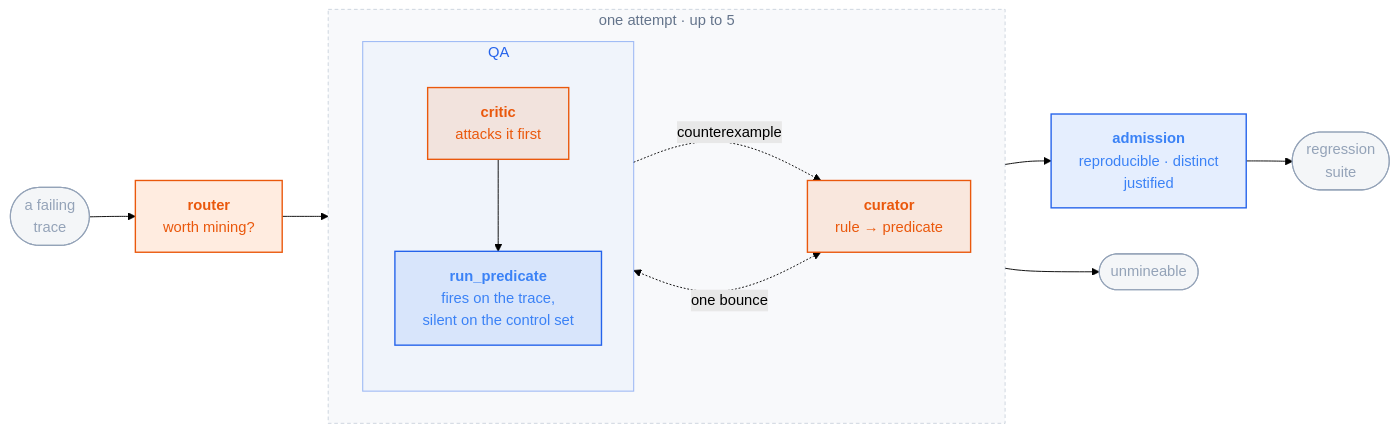
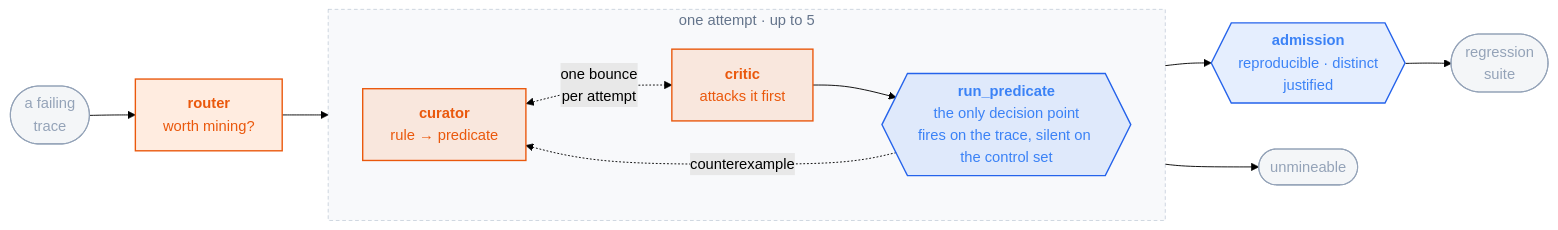
One commit to sandeepyadav1478/touchstone changed the diagram in README.md. Above: the diagram before and after it, drawn with Mermaid (forest theme). The commit also changed other lines of this file, not shown here.

First line of the commit message:
Draw run_predicate as its own gate, not nested under the critic

````diff
--- a/README.md
+++ b/README.md
@@ -76,28 +76,24 @@
 ```mermaid
 flowchart LR
   T(["a failing<br/>trace"]) --> R["<b>router</b><br/>worth mining?"]
   R --> CU
 
   subgraph ATTEMPT[" &nbsp; one attempt · up to 5 &nbsp; "]
     direction LR
-    CU["<b>curator</b><br/>rule → predicate"] <-. "one bounce" .-> CR
-    subgraph QA[" &nbsp; QA &nbsp; "]
-      direction TB
-      CR["<b>critic</b><br/>attacks it first"] --> RP["<b>run_predicate</b><br/>fires on the trace,<br/>silent on the control set"]
-    end
+    CU["<b>curator</b><br/>rule → predicate"] <-. "one bounce<br/>per attempt" .-> CR["<b>critic</b><br/>attacks it first"]
+    CR --> RP{{"<b>run_predicate</b><br/>the only decision point<br/>fires on the trace, silent on the control set"}}
     RP -. counterexample .-> CU
   end
 
-  RP --> AD["<b>admission</b><br/>reproducible · distinct<br/>justified"]
+  RP --> AD{{"<b>admission</b><br/>reproducible · distinct<br/>justified"}}
   RP --> U(["unmineable"])
   AD --> S(["regression<br/>suite"])
 
   classDef m fill:#f9731622,stroke:#ea580c,stroke-width:1.5px,color:#ea580c
   classDef d fill:#3b82f622,stroke:#2563eb,stroke-width:1.5px,color:#3b82f6
   classDef io fill:#94a3b81a,stroke:#94a3b8,stroke-width:1.2px,color:#94a3b8
   class R,CU,CR m
   class RP,AD d
   class T,S,U io
   style ATTEMPT fill:#94a3b810,stroke:#94a3b877,stroke-dasharray:4 3,color:#64748b
-  style QA fill:#3b82f60a,stroke:#2563eb66,stroke-width:1.2px,color:#2563eb
 ```
````
